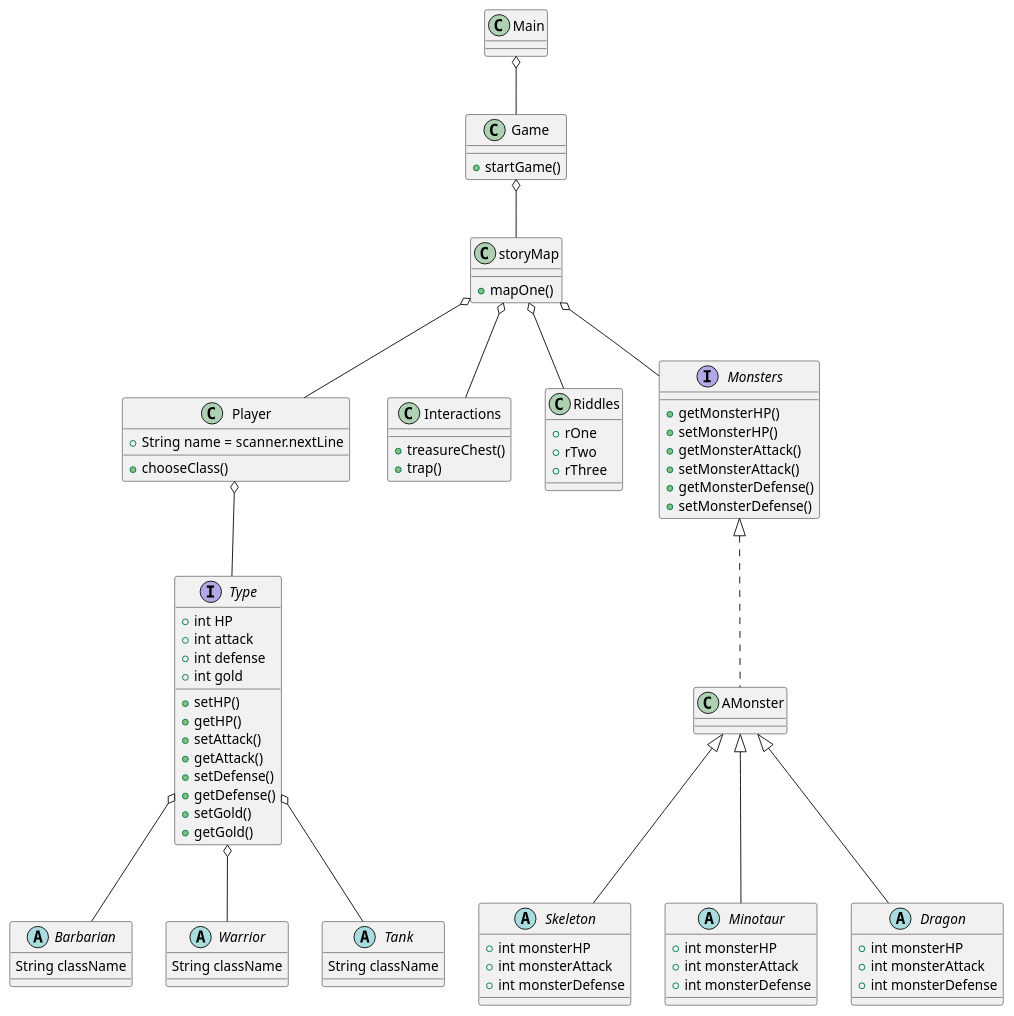
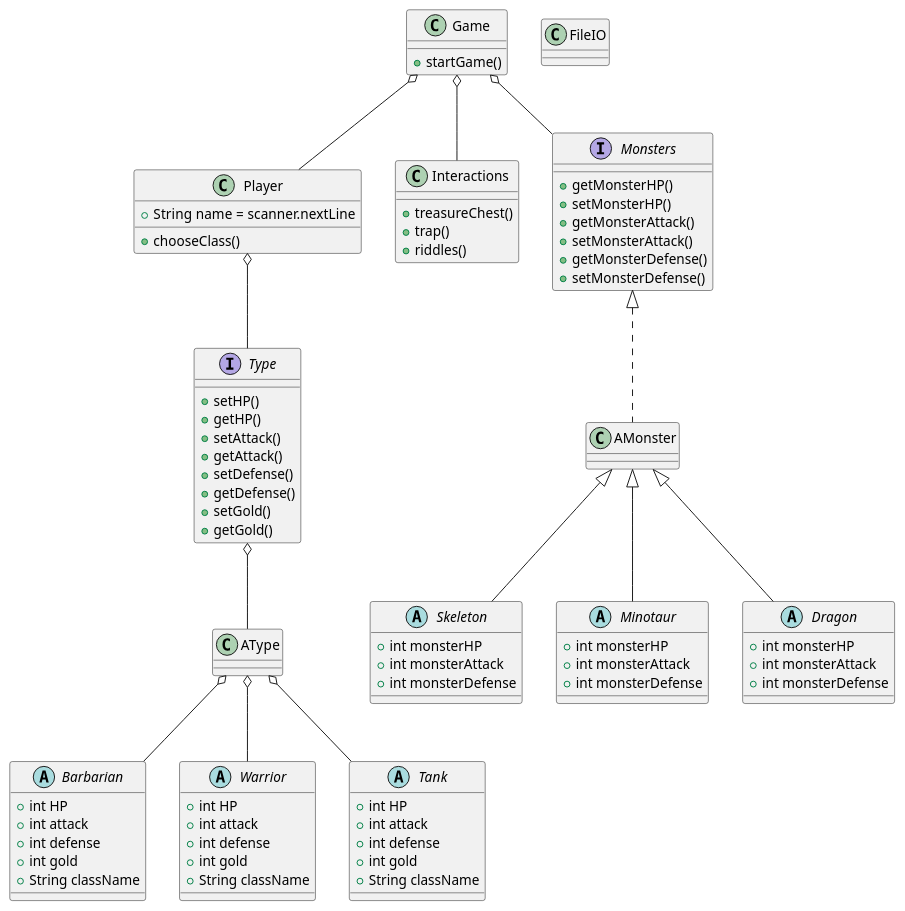
The diagram in src/diagrams/ClassDiagram.puml (Berry1196/DungeonCrawler), drawn with PlantUML before and after one commit. The commit also changed other lines of this file and 16 other files, not shown here.

```diff
--- a/src/diagrams/ClassDiagram.puml
+++ b/src/diagrams/ClassDiagram.puml
@@ -1,102 +1,106 @@
 @startuml
-
-Main o-- Game
-Class Main
 
 Class Game {
 +startGame()
 }
 
-storyMap o-- Player
+Game o-- Player
 Class Player {
 + String name = scanner.nextLine
 + chooseClass()
 }
 
-
+Class FileIO {
+}
 Player o-- Type
 Interface Type {
-+ int HP
-+ int attack
-+ int defense
-+ int gold
 +setHP()
 +getHP()
 +setAttack()
 +getAttack()
 +setDefense()
 +getDefense()
 +setGold()
 +getGold()
 }
-Type o-- Barbarian
- abstract Class Barbarian {
-String className
+
+Type o-- AType
+Class AType {
 
 }
 
-Type o-- Warrior
- abstract Class Warrior {
-String className
+AType o-- Barbarian
+ abstract Class Barbarian {
++ int HP
++ int attack
++ int defense
++ int gold
++ String className
+
 }
 
-Type o-- Tank
- abstract Class Tank {
-String className
+AType o-- Warrior
+ abstract Class Warrior {
++ int HP
++ int attack
++ int defense
++ int gold
++ String className
 }
 
-storyMap o-- Interactions
+AType o-- Tank
+ abstract Class Tank {
++ int HP
++ int attack
++ int defense
++ int gold
++ String className
+}
+
+Game o-- Interactions
 Class Interactions {
 +treasureChest()
 +trap()
-'riddles()
-}
-
-storyMap o-- Riddles
-Class Riddles {
-+rOne
-+rTwo
-+rThree
++riddles()
 }
 
 
-storyMap o-- Monsters
+'Class Stages{
+'stageOne()
+'stageTwo()
+'stageThree()
+
+Game o-- Monsters
 interface Monsters {
 +getMonsterHP()
 +setMonsterHP()
 +getMonsterAttack()
 +setMonsterAttack()
 +getMonsterDefense()
 +setMonsterDefense()
 }
 Class AMonster implements Monsters{
 
 }
  AMonster <|-- Skeleton
 abstract Class Skeleton {
 +int monsterHP
 +int monsterAttack
 +int monsterDefense
 }
 AMonster <|-- Minotaur
  abstract class Minotaur {
 +int monsterHP
 +int monsterAttack
 +int monsterDefense
 }
 AMonster <|-- Dragon
- abstract Class Dragon {
+ abstract Class Dragon  {
 +int monsterHP
 +int monsterAttack
 +int monsterDefense
 }
 
-Game o-- storyMap
-Class storyMap {
-+mapOne()
-}
-
-
 
 
 @enduml
```
